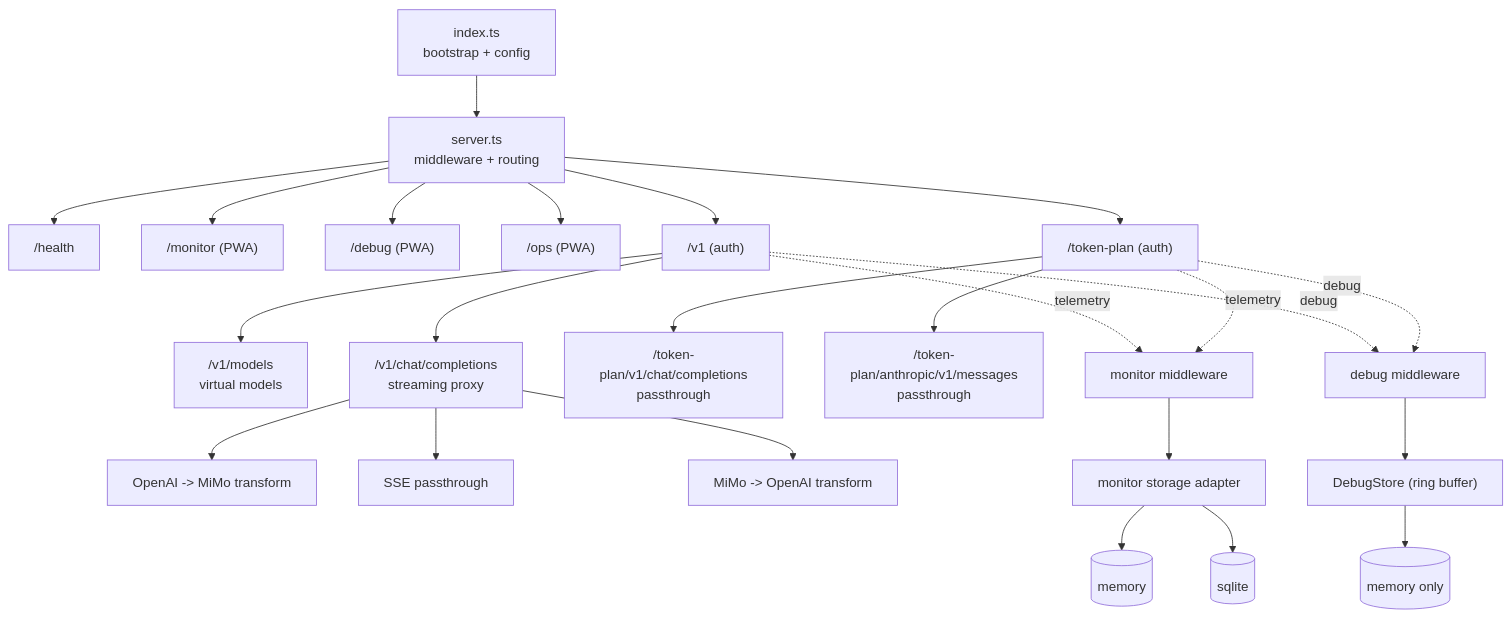
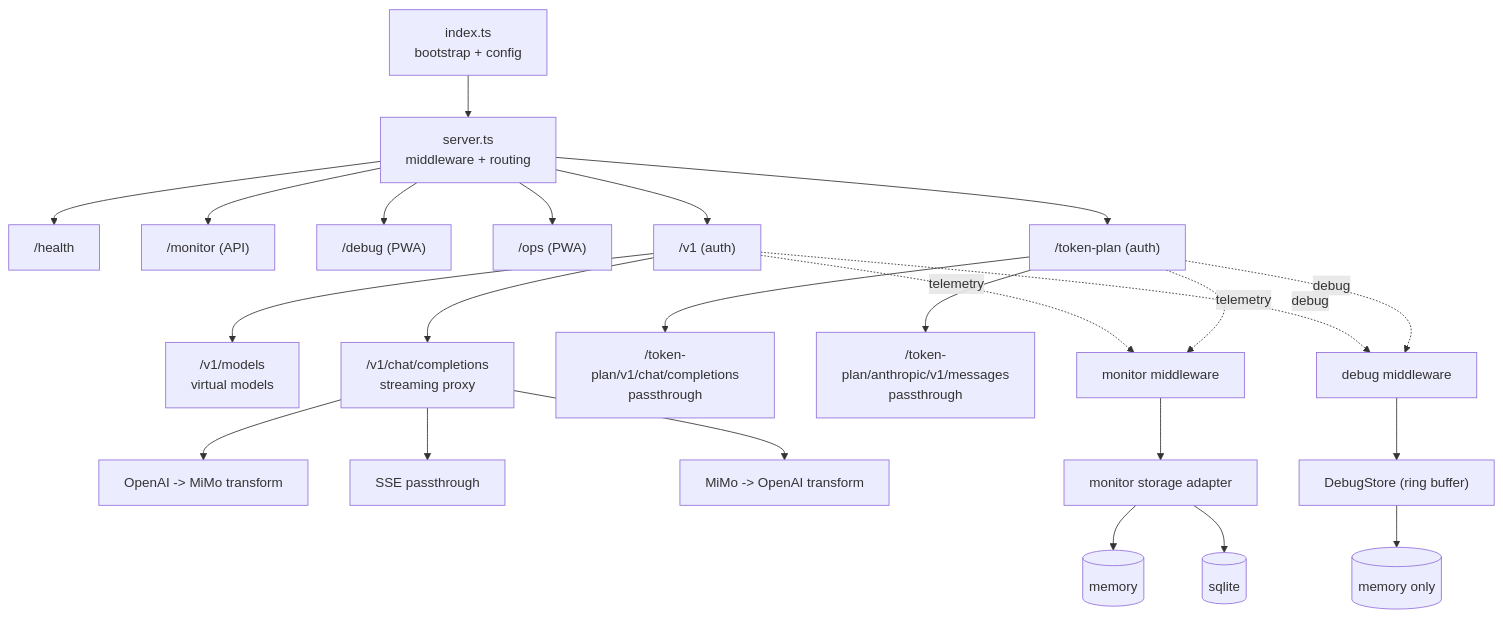
Before and after one commit to human07d0/Chimera: the diagram in ARCHITECTURE.md, drawn with Mermaid.

Commit message:
fix: correct /monitor label from PWA to API in ARCHITECTURE.md

````diff
--- a/ARCHITECTURE.md
+++ b/ARCHITECTURE.md
@@ -16,32 +16,32 @@
 ```mermaid
 flowchart TD
     IDX["index.ts<br/>bootstrap + config"] --> SRV["server.ts<br/>middleware + routing"]
 
     SRV --> HEALTH["/health"]
-    SRV --> MON["/monitor (PWA)"]
+    SRV --> MON["/monitor (API)"]
     SRV --> DBG["/debug (PWA)"]
     SRV --> OPS["/ops (PWA)"]
     SRV --> API["/v1 (auth)"]
     SRV --> TP["/token-plan (auth)"]
 
     API --> MODELS["/v1/models<br/>virtual models"]
     API --> CHAT["/v1/chat/completions<br/>streaming proxy"]
 
     CHAT --> REQ["OpenAI -> MiMo transform"]
     CHAT --> STRM["SSE passthrough"]
     CHAT --> RESP["MiMo -> OpenAI transform"]
 
     TP --> TP_CHAT["/token-plan/v1/chat/completions<br/>passthrough"]
     TP --> TP_MSG["/token-plan/anthropic/v1/messages<br/>passthrough"]
 
     API -. telemetry .-> MM["monitor middleware"]
     TP -. telemetry .-> MM
     MM --> STORE["monitor storage adapter"]
     STORE --> MEM[("memory")]
     STORE --> SQL[("sqlite")]
 
     API -. debug .-> DM["debug middleware"]
     TP -. debug .-> DM
     DM --> DSTORE["DebugStore (ring buffer)"]
     DSTORE --> DMEM[("memory only")]
 ```
````
